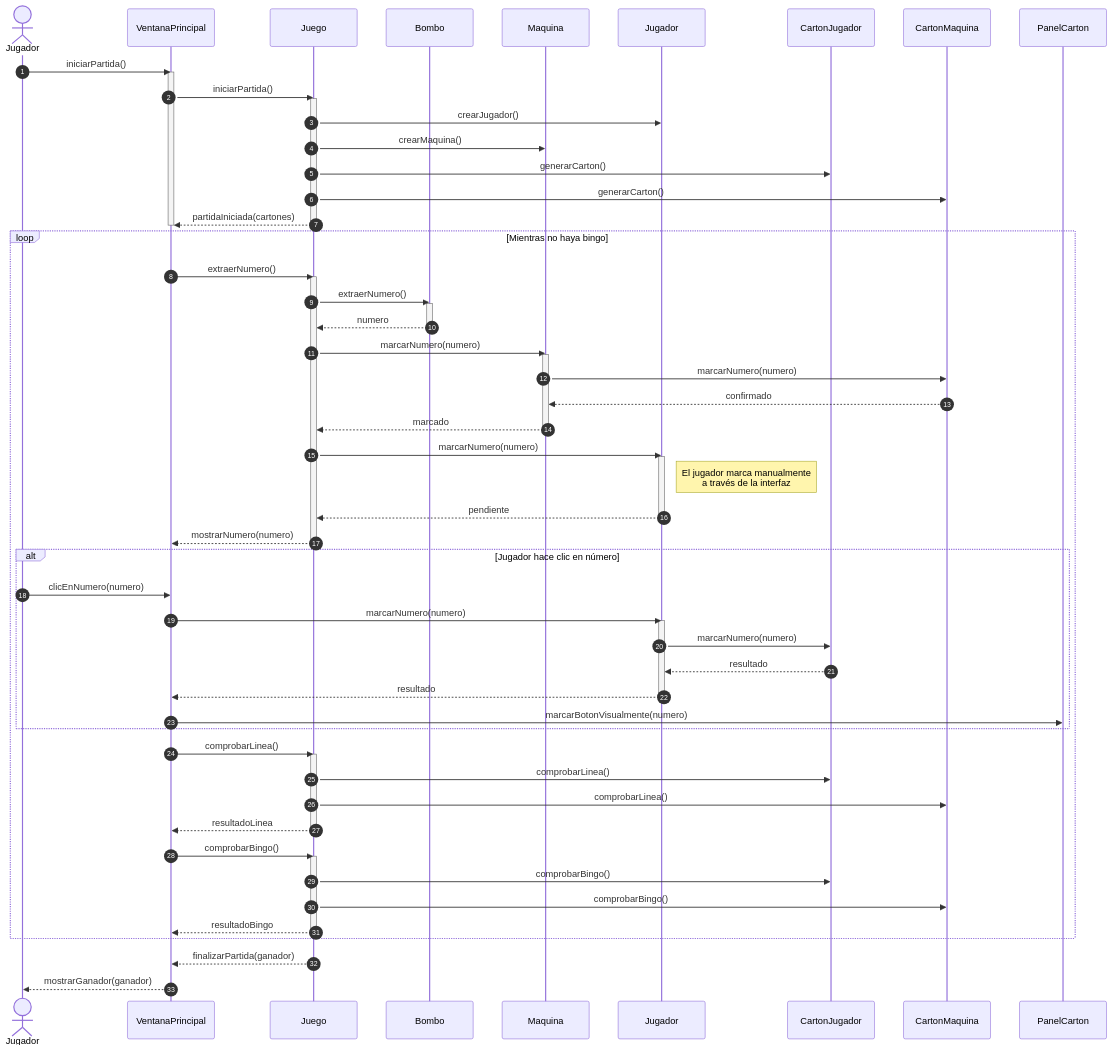
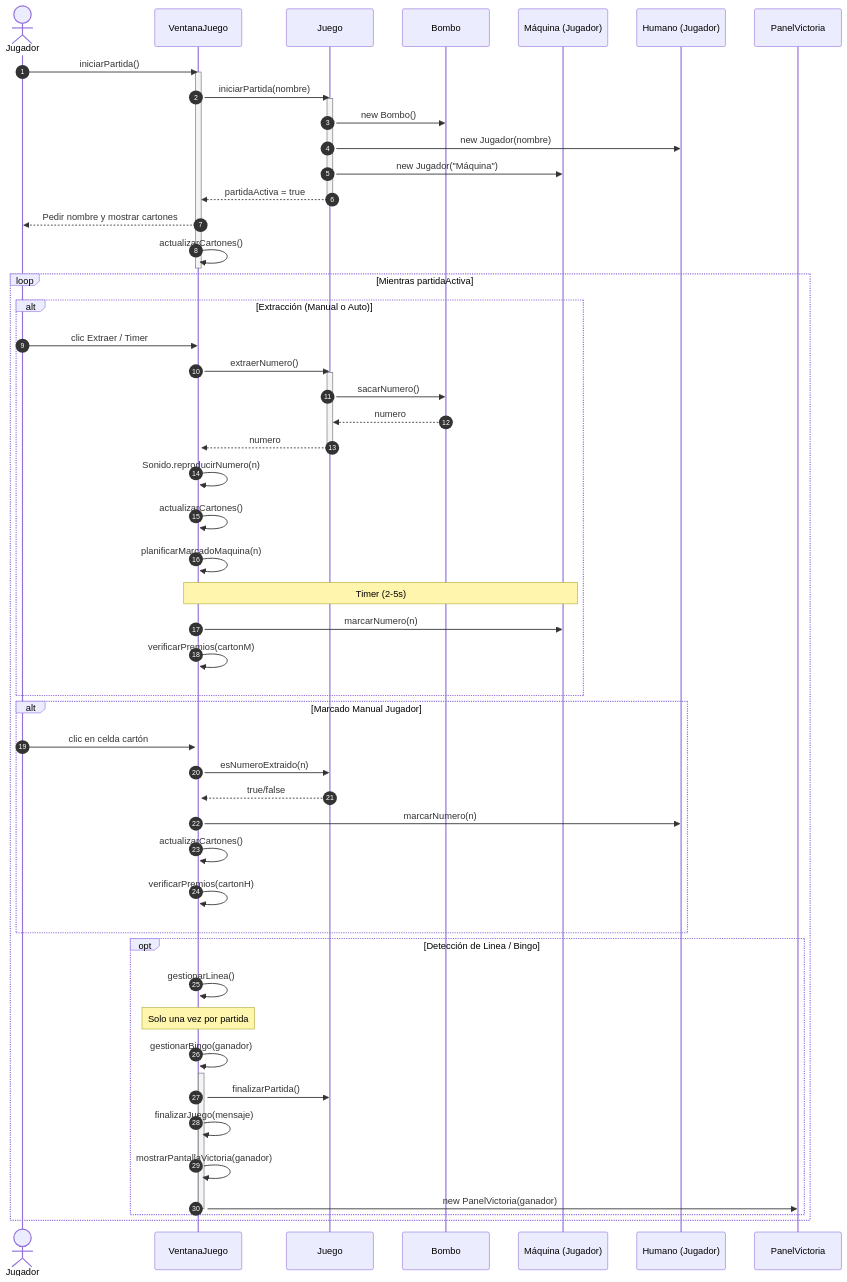
Before and after one commit to rubenco615-wq/Bingo: the diagram in SequenceDiagram.md, drawn with Mermaid. The commit also changed other lines of this file, not shown here.

Commit message:
docs: update sequence diagram

````diff
--- a/SequenceDiagram.md
+++ b/SequenceDiagram.md
@@ -1,83 +1,67 @@
 ```mermaid
 sequenceDiagram
-autonumber
+    autonumber
+    
+    actor Jugador
+    participant V as VentanaJuego
+    participant J as Juego
+    participant B as Bombo
+    participant M as Máquina (Jugador)
+    participant H as Humano (Jugador)
+    participant PV as PanelVictoria
+    
+    Jugador->>V: iniciarPartida()
+    activate V
+    V->>J: iniciarPartida(nombre)
+    activate J
+    J->>B: new Bombo()
+    J->>H: new Jugador(nombre)
+    J->>M: new Jugador("Máquina")
+    J-->>V: partidaActiva = true
+    deactivate J
+    V-->>Jugador: Pedir nombre y mostrar cartones
+    V->>V: actualizarCartones()
+    deactivate V
 
-actor Jugador
-participant VentanaPrincipal
-participant Juego
-participant Bombo
-participant Maquina
-participant JugadorClass as Jugador
-participant CartonJugador
-participant CartonMaquina
+    loop Mientras partidaActiva
+        alt Extracción (Manual o Auto)
+            Jugador->>V: clic Extraer / Timer
+            activate V
+            V->>J: extraerNumero()
+            activate J
+            J->>B: sacarNumero()
+            B-->>J: numero
+            J-->>V: numero
+            deactivate J
+            V->>V: Sonido.reproducirNumero(n)
+            V->>V: actualizarCartones()
+            
+            V->>V: planificarMarcadoMaquina(n)
+            Note over V,M: Timer (2-5s)
+            V->>M: marcarNumero(n)
+            V->>V: verificarPremios(cartonM)
+        end
 
-Jugador->>VentanaPrincipal: iniciarPartida()
-activate VentanaPrincipal
-
-VentanaPrincipal->>Juego: iniciarPartida()
-activate Juego
-
-Juego->>JugadorClass: crearJugador()
-Juego->>Maquina: crearMaquina()
-Juego->>CartonJugador: generarCarton()
-Juego->>CartonMaquina: generarCarton()
-
-Juego-->>VentanaPrincipal: partidaIniciada(cartones)
-deactivate Juego
-deactivate VentanaPrincipal
-
-loop Mientras no haya bingo
-    VentanaPrincipal->>Juego: extraerNumero()
-    activate Juego
-    
-    Juego->>Bombo: extraerNumero()
-    activate Bombo
-    Bombo-->>Juego: numero
-    deactivate Bombo
-    
-    Juego->>Maquina: marcarNumero(numero)
-    activate Maquina
-    Maquina->>CartonMaquina: marcarNumero(numero)
-    CartonMaquina-->>Maquina: confirmado
-    Maquina-->>Juego: marcado
-    deactivate Maquina
-    
-    Juego->>JugadorClass: marcarNumero(numero)
-    activate JugadorClass
-    Note right of JugadorClass: El jugador marca manualmente<br/>a través de la interfaz
-    JugadorClass-->>Juego: pendiente
-    deactivate JugadorClass
-    
-    Juego-->>VentanaPrincipal: mostrarNumero(numero)
-    deactivate Juego
-    
-    alt Jugador hace clic en número
-        Jugador->>VentanaPrincipal: clicEnNumero(numero)
-        VentanaPrincipal->>JugadorClass: marcarNumero(numero)
-        activate JugadorClass
-        JugadorClass->>CartonJugador: marcarNumero(numero)
-        CartonJugador-->>JugadorClass: resultado
-        JugadorClass-->>VentanaPrincipal: resultado
-        deactivate JugadorClass
+        alt Marcado Manual Jugador
+            Jugador->>V: clic en celda cartón
+            V->>J: esNumeroExtraido(n)
+            J-->>V: true/false
+            V->>H: marcarNumero(n)
+            V->>V: actualizarCartones()
+            V->>V: verificarPremios(cartonH)
+        end
         
-        VentanaPrincipal->>PanelCarton: marcarBotonVisualmente(numero)
+        opt Detección de Linea / Bingo
+            V->>V: gestionarLinea()
+            Note over V: Solo una vez por partida
+            
+            V->>V: gestionarBingo(ganador)
+            activate V
+            V->>J: finalizarPartida()
+            V->>V: finalizarJuego(mensaje)
+            V->>V: mostrarPantallaVictoria(ganador)
+            V->>PV: new PanelVictoria(ganador)
+            deactivate V
+        end
     end
-    
-    VentanaPrincipal->>Juego: comprobarLinea()
-    activate Juego
-    Juego->>CartonJugador: comprobarLinea()
-    Juego->>CartonMaquina: comprobarLinea()
-    Juego-->>VentanaPrincipal: resultadoLinea
-    deactivate Juego
-    
-    VentanaPrincipal->>Juego: comprobarBingo()
-    activate Juego
-    Juego->>CartonJugador: comprobarBingo()
-    Juego->>CartonMaquina: comprobarBingo()
-    Juego-->>VentanaPrincipal: resultadoBingo
-    deactivate Juego
-end
-
-Juego-->>VentanaPrincipal: finalizarPartida(ganador)
-VentanaPrincipal-->>Jugador: mostrarGanador(ganador)
 ```
````
